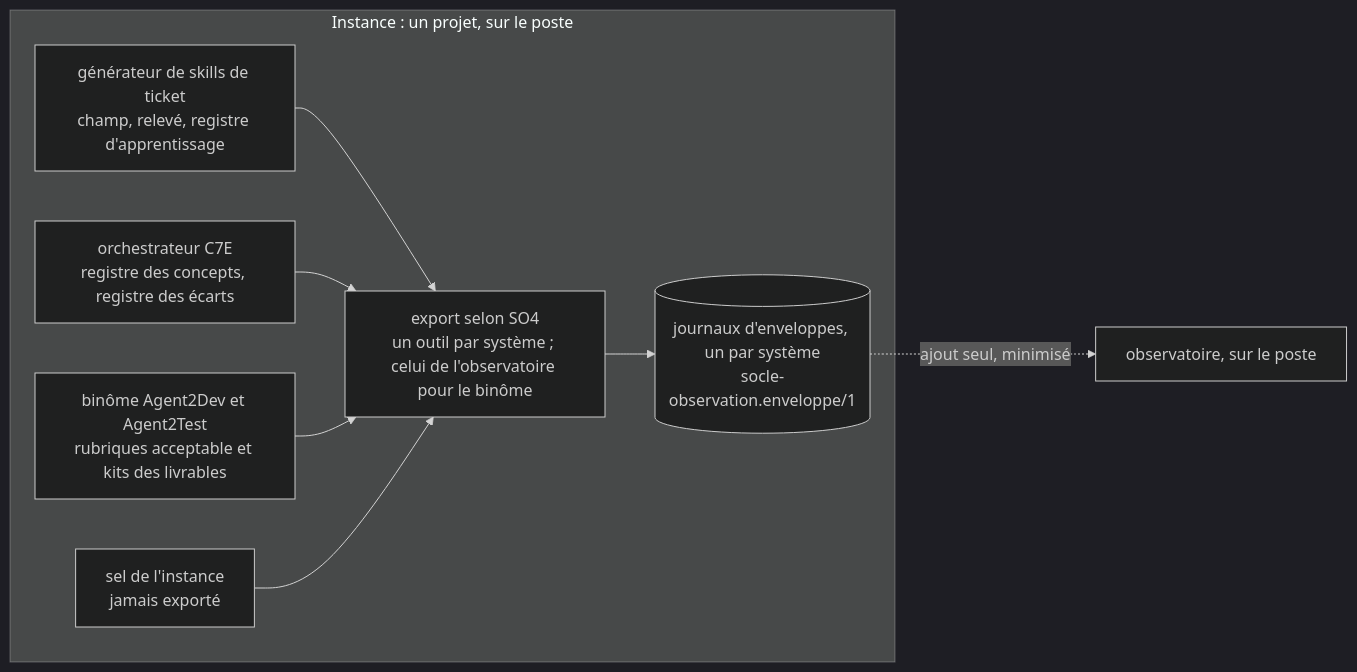
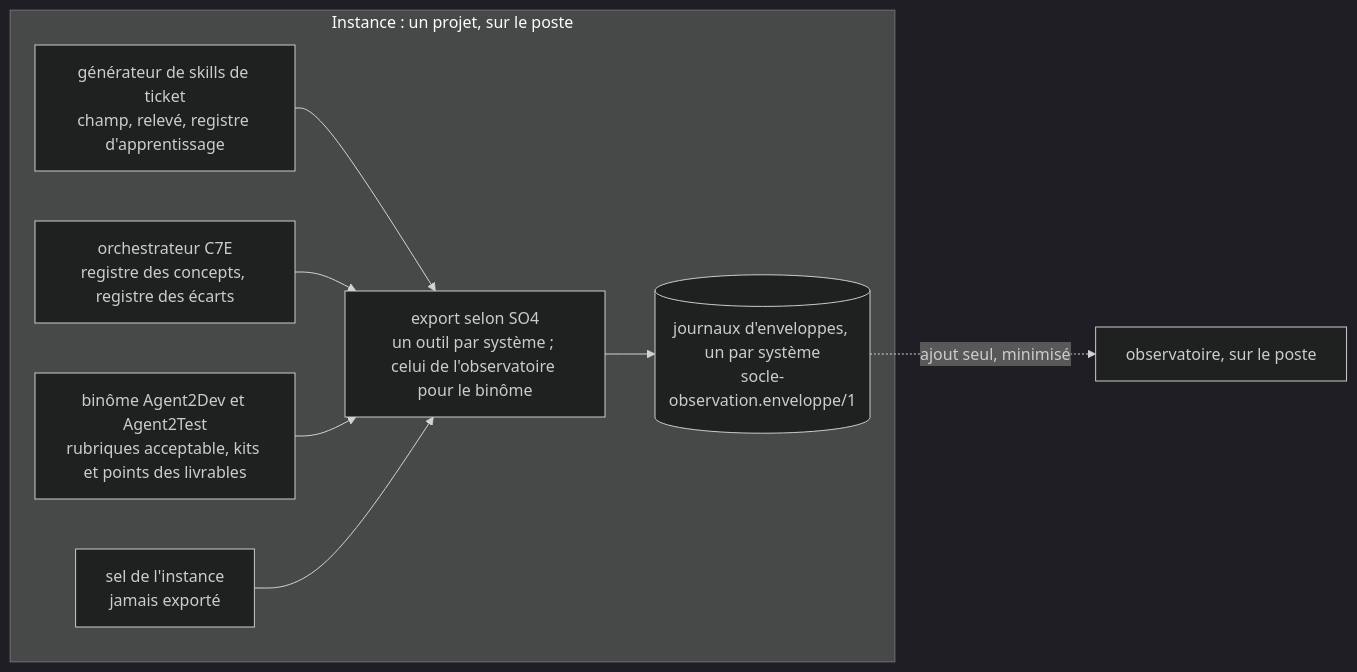
Before and after one commit to FredGarcia/Agent2Prompt: the diagram in specs/socle-observation/SKILL.md, drawn with Mermaid (dark theme). The commit also changed other lines of this file and 50 other files, not shown here.

First line of the commit message:
spec(socle-observation, observatoire, agent2dev, orchestrateur-c7e, generateur-skill-ticket): versions 1.4.0, 1.4.0, 1.4.2, 3.8.5 et 1.4.5, le catalogue des signaux

````diff
--- a/specs/socle-observation/SKILL.md
+++ b/specs/socle-observation/SKILL.md
@@ -17,18 +17,18 @@
 ```mermaid
 flowchart LR
   subgraph INSTANCE["Instance : un projet, sur le poste"]
     GEN["générateur de skills de ticket<br/>champ, relevé, registre d'apprentissage"]
     C7E["orchestrateur C7E<br/>registre des concepts, registre des écarts"]
-    BIN["binôme Agent2Dev et Agent2Test<br/>rubriques acceptable et kits des livrables"]
+    BIN["binôme Agent2Dev et Agent2Test<br/>rubriques acceptable, kits et points des livrables"]
     SEL["sel de l'instance<br/>jamais exporté"]
     EXP["export selon SO4<br/>un outil par système ; celui de l'observatoire pour le binôme"]
     J[("journaux d'enveloppes, un par système<br/>socle-observation.enveloppe/1")]
   end
   OBS["observatoire, sur le poste"]
   GEN --> EXP
   C7E --> EXP
   BIN --> EXP
   SEL --> EXP
   EXP --> J
   J -.->|"ajout seul, minimisé"| OBS
 ```
````
